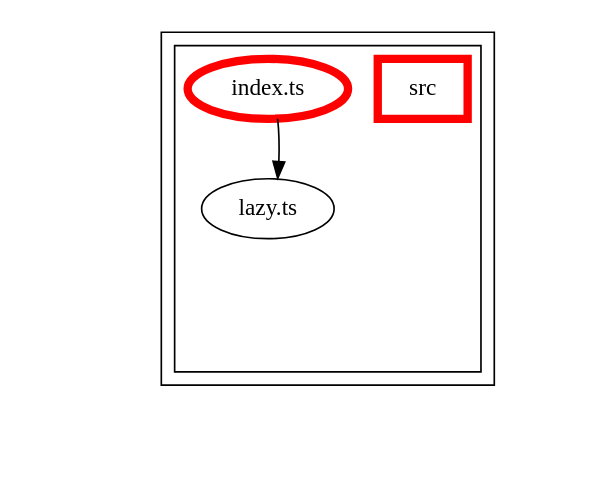
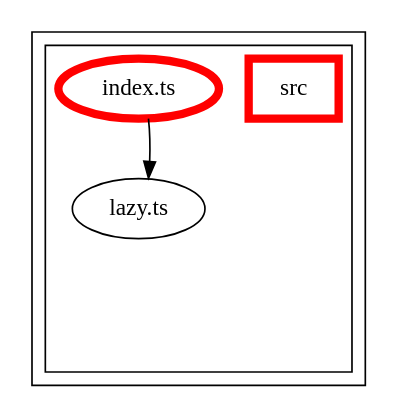
The diagram in packages/alfa-lazy/docs/dependency-graph.dot (Siteimprove/alfa), drawn with Graphviz before and after one commit. The commit also changed 161 other files, not shown here.

First line of the commit message:
Update packages dependency graphs (#1900)

```diff
--- a/packages/alfa-lazy/docs/dependency-graph.dot
+++ b/packages/alfa-lazy/docs/dependency-graph.dot
@@ -1,65 +1,51 @@
-digraph "dependency-graph-[object Object]" {
+digraph "dependency-graph-@siteimprove/alfa-lazy" {
   compound = true;
-  "dependency-graph-[object Object]" [
-    style = "invis";
-  ];
   "src/lazy.ts";
   subgraph "cluster_src" {
     color = "#000000";
     label = "";
-    "name_src" [
-      penwidth = 5;
-      shape = "rectangle";
-      color = "#ff0000";
-      label = "src";
-    ];
     "exit_src" [
       style = "invis";
     ];
     subgraph "cluster_src" {
       color = "#000000";
       label = "";
       "name_src" [
         penwidth = 5;
         shape = "rectangle";
         color = "#ff0000";
         label = "src";
       ];
       "exit_src" [
         style = "invis";
       ];
+      "src/lazy.ts" [
+        label = "lazy.ts";
+      ];
       "src/index.ts" [
         label = "index.ts";
         color = "#ff0000";
         penwidth = 5;
       ];
-      "src/lazy.ts" [
-        label = "lazy.ts";
+      "src/lazy.ts" -> "exit_src" [
+        style = "invis";
       ];
       "src/index.ts" -> "exit_src" [
-        style = "invis";
-      ];
-      "src/lazy.ts" -> "exit_src" [
         style = "invis";
       ];
     }
     "exit_src" -> "exit_src" [
       style = "invis";
     ];
     "exit_src" -> "exit_src" [
       style = "invis";
     ];
   }
-  "exit_src" -> "dependency-graph-[object Object]" [
-    style = "invis";
-  ];
   "src/index.ts" -> "src/lazy.ts" [
     style = "invis";
   ];
   "src/index.ts" -> "src/lazy.ts" [
     style = "solid";
-    ltail = "cluster_src/index.ts";
-    lhead = "cluster_src/lazy.ts";
     color = "black";
   ];
 }
```
